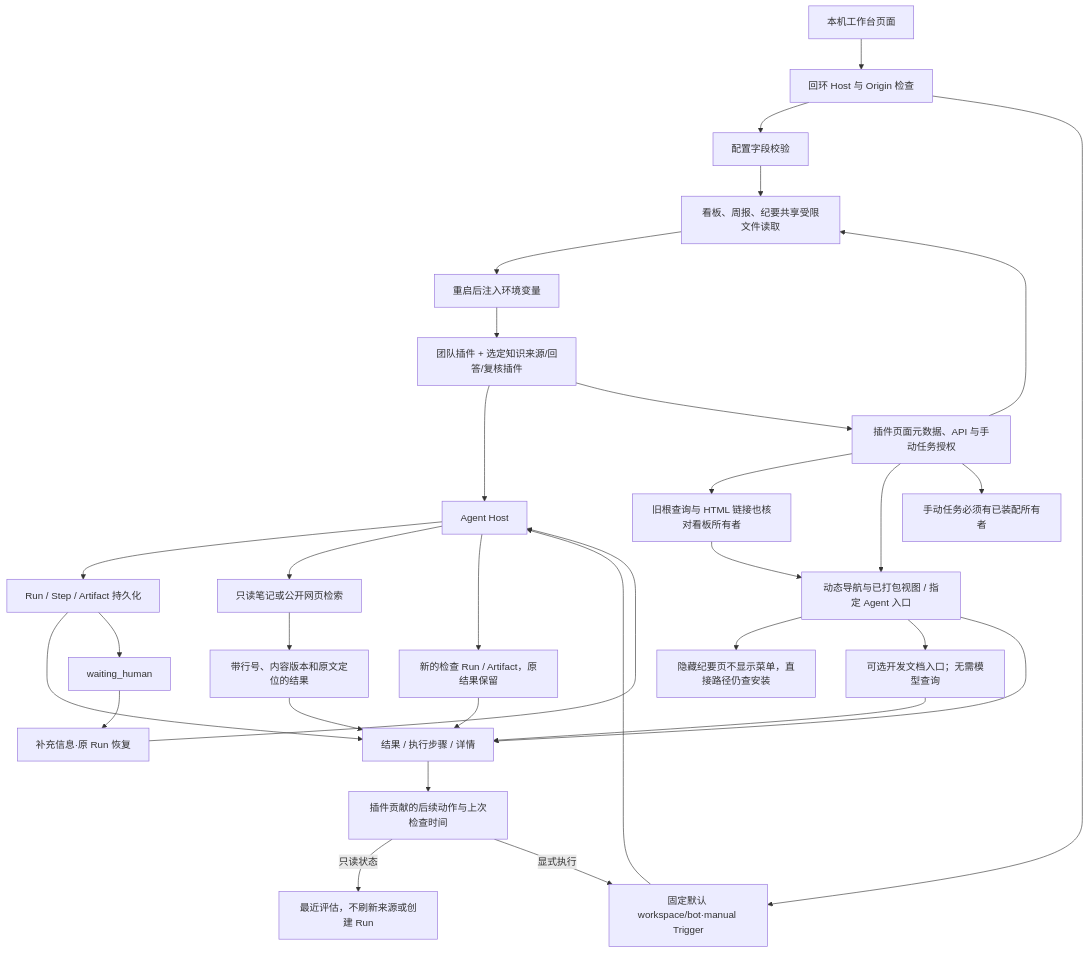
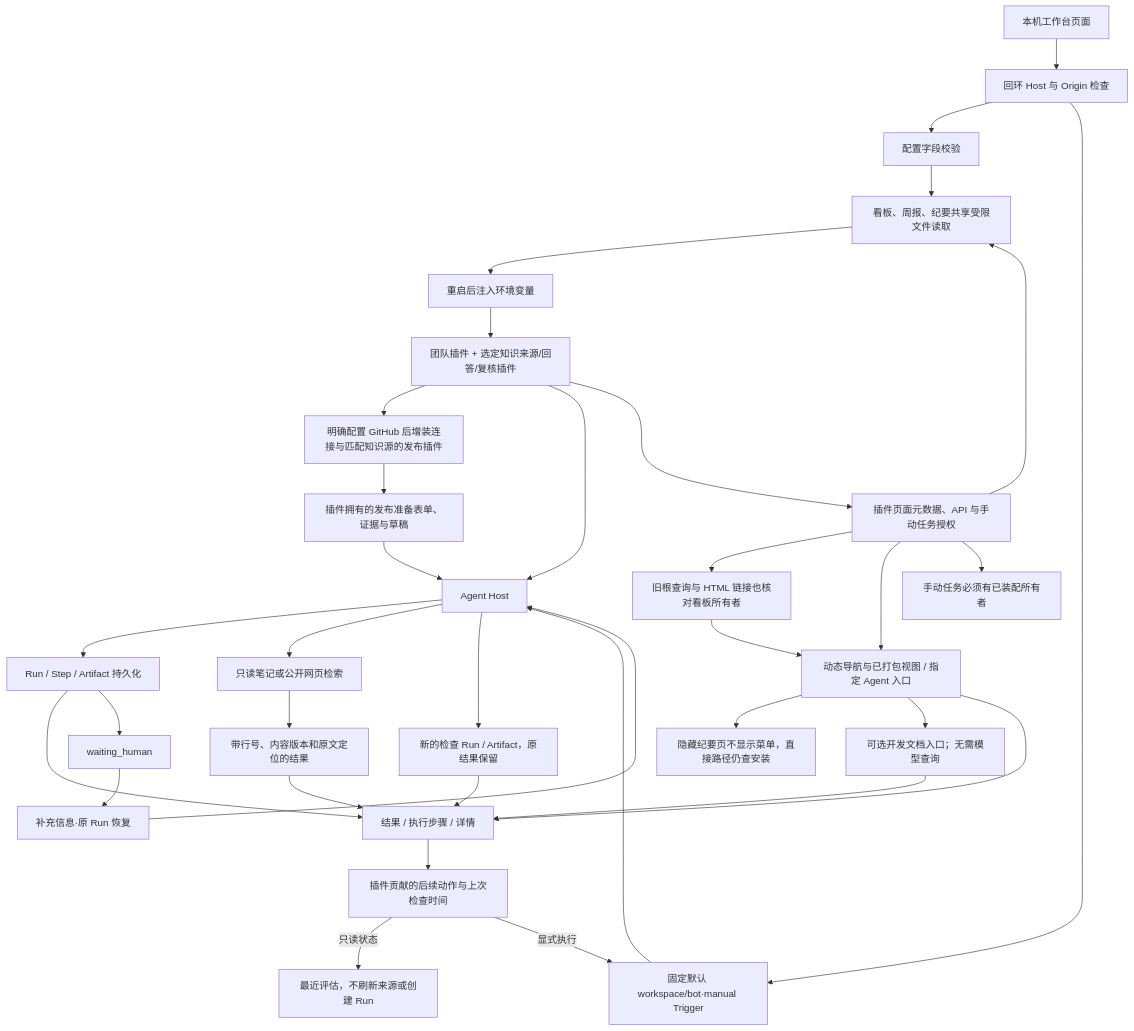
The diagram in backend/src/platform/workspace/FEATURE.md (KlayPeter/AI-Delivery-Ops-Agent), drawn with Mermaid before and after one commit. The commit also changed other lines of this file and 22 other files, not shown here.

````diff
--- a/backend/src/platform/workspace/FEATURE.md
+++ b/backend/src/platform/workspace/FEATURE.md
@@ -19,34 +19,37 @@
 ```mermaid
 flowchart TD
     UI[本机工作台页面] --> G[回环 Host 与 Origin 检查]
     G --> CFG[配置字段校验]
     CFG --> FILE[connections.json 原子写入·0600]
     FILE --> BOOT[重启后注入环境变量]
     BOOT --> PL[团队插件 + 选定知识来源/回答/复核插件]
+    PL --> GH[明确配置 GitHub 后增装连接与匹配知识源的发布插件]
+    GH --> RP[插件拥有的发布准备表单、证据与草稿]
+    RP --> H
     PL --> H[Agent Host]
     G --> T[固定默认 workspace/bot·manual Trigger]
     T --> H
     H --> R[Run / Step / Artifact 持久化]
     R --> V[结果 / 执行步骤 / 详情]
     R --> WAIT[waiting_human]
     WAIT --> REPLY[补充信息·原 Run 恢复]
     REPLY --> H
     H --> K[只读笔记或公开网页检索]
     K --> EV[带行号、内容版本和原文定位的结果]
     EV --> V
     PL --> WEB[插件页面元数据、API 与手动任务授权]
     WEB --> ALIAS[旧根查询与 HTML 链接也核对看板所有者]
     ALIAS --> NAV
     WEB --> NAV[动态导航与已打包视图 / 指定 Agent 入口]
     NAV --> HIDDEN[隐藏纪要页不显示菜单，直接路径仍查安装]
     WEB --> FILE[看板、周报、纪要共享受限文件读取]
     NAV --> C7[可选开发文档入口；无需模型查询]
     C7 --> V
     NAV --> V
     WEB --> JOBS[手动任务必须有已装配所有者]
     V --> ACT[插件贡献的后续动作与上次检查时间]
     ACT -- 只读状态 --> KV[最近评估，不刷新来源或创建 Run]
     ACT -- 显式执行 --> T
     H --> CHECK[新的检查 Run / Artifact，原结果保留]
     CHECK --> V
 ```
````
